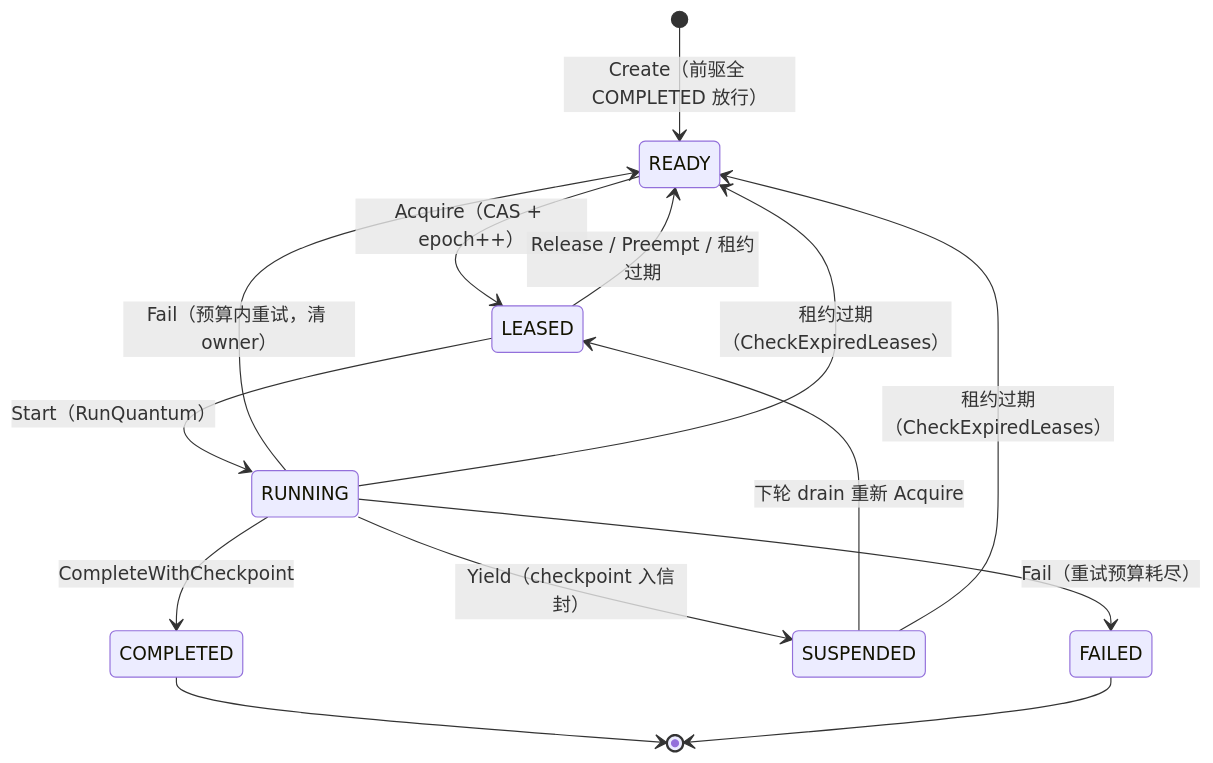
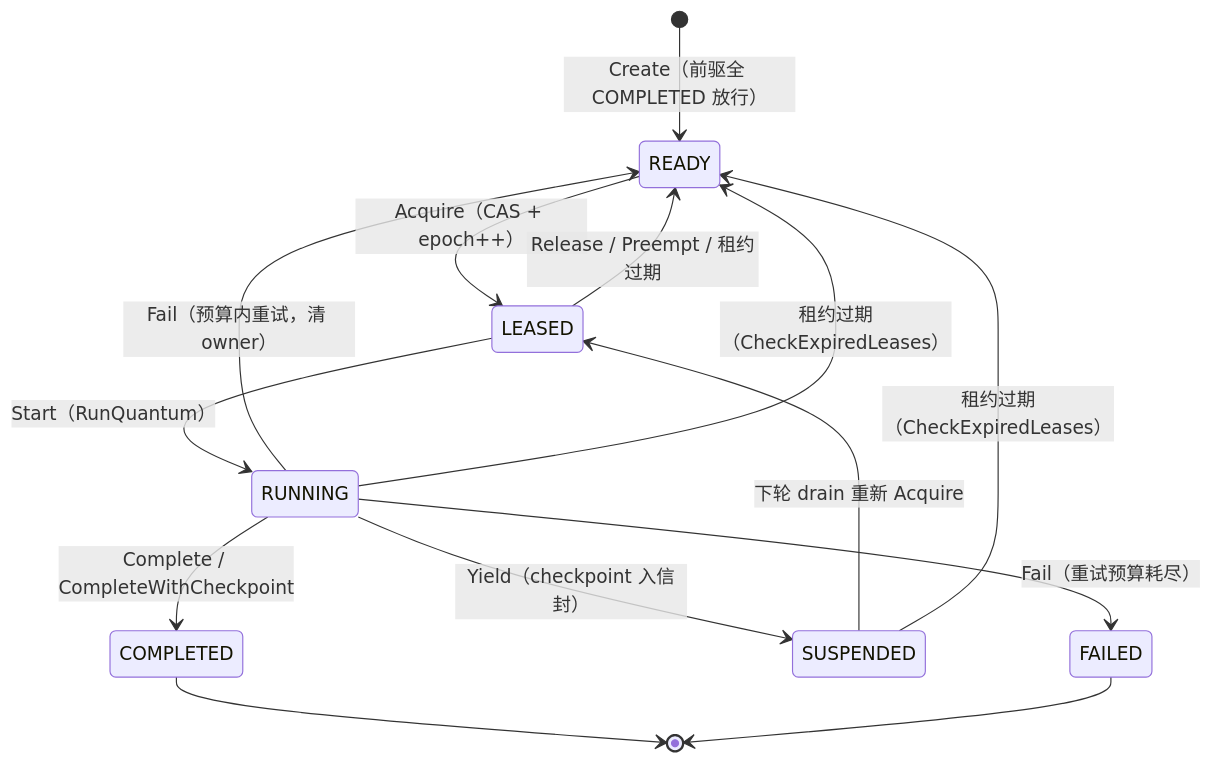
Before and after one commit to Timwood0x10/ARES: the fourth of 10 diagrams in ARCHITECTURE_DIAGRAM.md, drawn with Mermaid. The commit also changed other lines of this file and 28 other files, not shown here.

````diff
--- a/ARCHITECTURE_DIAGRAM.md
+++ b/ARCHITECTURE_DIAGRAM.md
@@ -209,16 +210,16 @@
 ```mermaid
 stateDiagram-v2
     [*] --> READY: Create（前驱全 COMPLETED 放行）
     READY --> LEASED: Acquire（CAS + epoch++）
     LEASED --> RUNNING: Start（RunQuantum）
-    RUNNING --> COMPLETED: CompleteWithCheckpoint
+    RUNNING --> COMPLETED: Complete / CompleteWithCheckpoint
     RUNNING --> SUSPENDED: Yield（checkpoint 入信封）
     RUNNING --> FAILED: Fail（重试预算耗尽）
     RUNNING --> READY: Fail（预算内重试，清 owner）
     SUSPENDED --> LEASED: 下轮 drain 重新 Acquire
     LEASED --> READY: Release / Preempt / 租约过期
     RUNNING --> READY: 租约过期（CheckExpiredLeases）
     SUSPENDED --> READY: 租约过期（CheckExpiredLeases）
     COMPLETED --> [*]
     FAILED --> [*]
 ```
````
